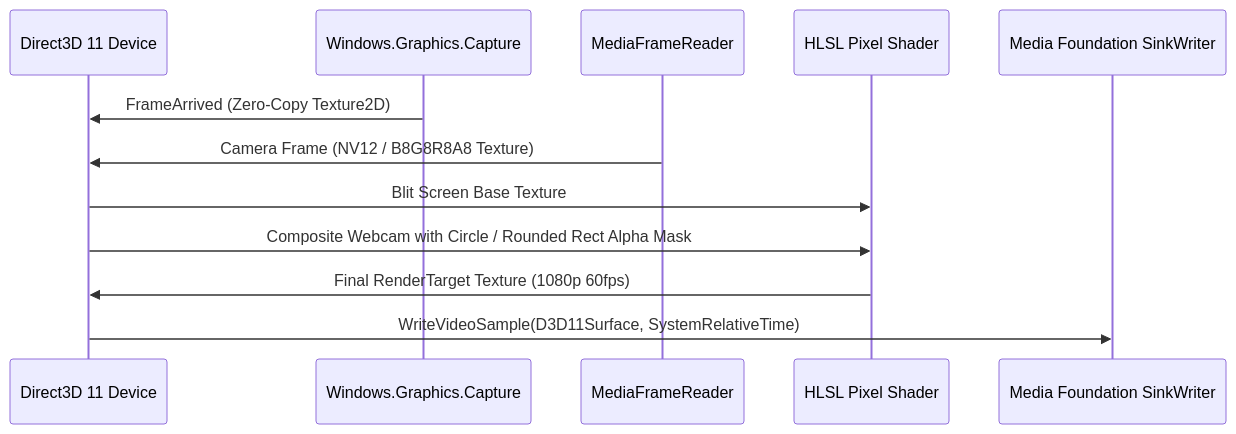
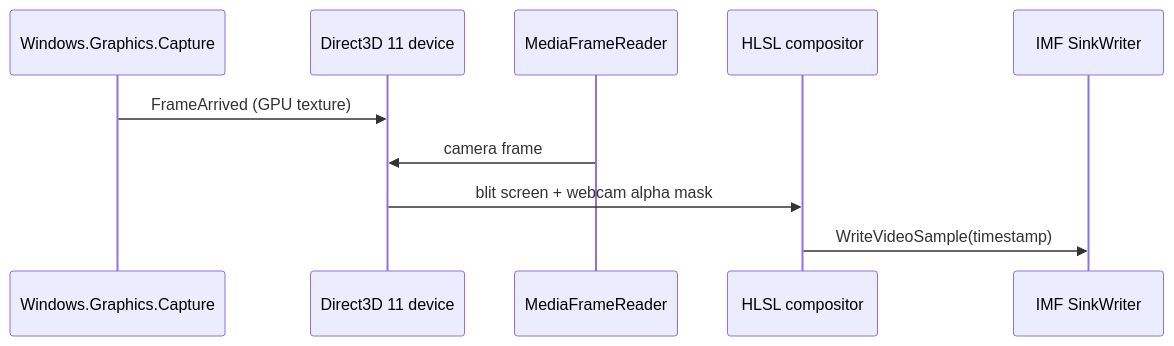
One commit to MOT1209/KING-Rtest changed the third of 3 diagrams in docs/ARCHITECTURE.md. Above: the diagram before and after it, drawn with Mermaid. The commit also changed other lines of this file and 7 other files, not shown here.

````diff
--- a/docs/ARCHITECTURE.md
+++ b/docs/ARCHITECTURE.md
@@ -104,15 +148,12 @@
 ```mermaid
 sequenceDiagram
-    participant D3D as Direct3D 11 Device
     participant Screen as Windows.Graphics.Capture
+    participant D3D as Direct3D 11 device
     participant Cam as MediaFrameReader
-    participant Shader as HLSL Pixel Shader
-    participant Sink as Media Foundation SinkWriter
-
-    Screen->>D3D: FrameArrived (Zero-Copy Texture2D)
-    Cam->>D3D: Camera Frame (NV12 / B8G8R8A8 Texture)
-    D3D->>Shader: Blit Screen Base Texture
-    D3D->>Shader: Composite Webcam with Circle / Rounded Rect Alpha Mask
-    Shader->>D3D: Final RenderTarget Texture (1080p 60fps)
-    D3D->>Sink: WriteVideoSample(D3D11Surface, SystemRelativeTime)
+    participant Shader as HLSL compositor
+    participant Sink as IMF SinkWriter
+    Screen->>D3D: FrameArrived (GPU texture)
+    Cam->>D3D: camera frame
+    D3D->>Shader: blit screen + webcam alpha mask
+    Shader->>Sink: WriteVideoSample(timestamp)
 ```
````
